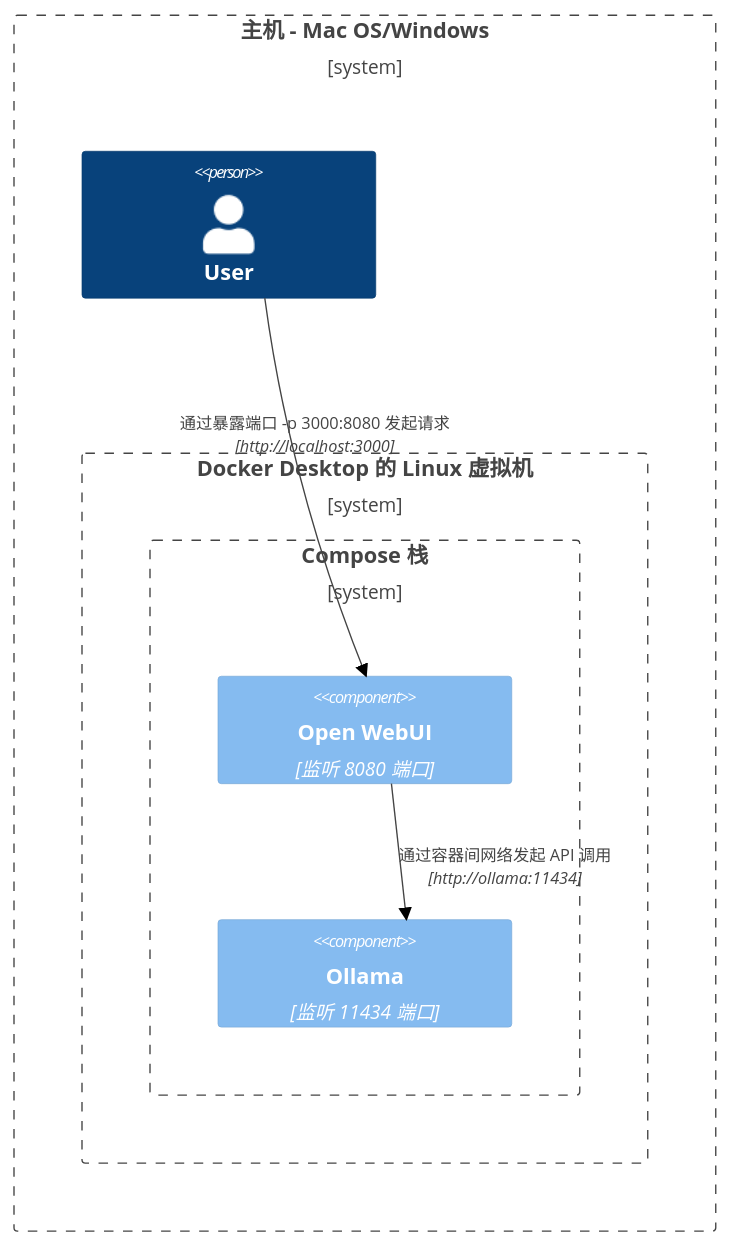
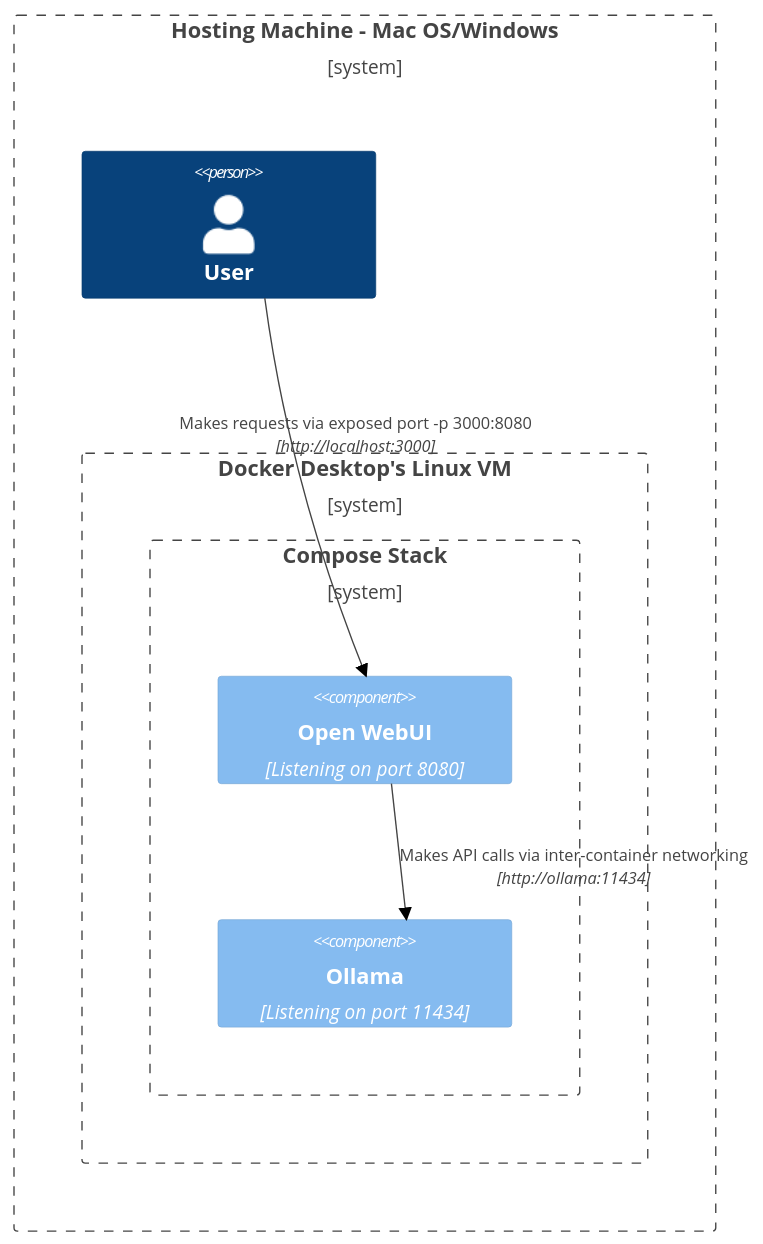
Before and after one commit to SMYQH/openwebuidocs: the second of 8 diagrams in zh-cn/docs/reference/network-diagrams.mdx, drawn with Mermaid (forest theme). The commit also changed other lines of this file and 116 other files, not shown here.

````diff
--- a/zh-cn/docs/reference/network-diagrams.mdx
+++ b/zh-cn/docs/reference/network-diagrams.mdx
@@ -42,15 +42,15 @@
 ```mermaid
 C4Context
-Boundary(b0, "主机 - Mac OS/Windows") {
+Boundary(b0, "Hosting Machine - Mac OS/Windows") {
    Person(user, "User")
-   Boundary(b1, "Docker Desktop 的 Linux 虚拟机") {
-      Boundary(b2, "Compose 栈") {
-         Component(openwebui, "Open WebUI", "监听 8080 端口")
-         Component(ollama, "Ollama", "监听 11434 端口")
+   Boundary(b1, "Docker Desktop's Linux VM") {
+      Boundary(b2, "Compose Stack") {
+         Component(openwebui, "Open WebUI", "Listening on port 8080")
+         Component(ollama, "Ollama", "Listening on port 11434")
       }
    }
 }
-Rel(openwebui, ollama, "通过容器间网络发起 API 调用", "http://ollama:11434")
-Rel(user, openwebui, "通过暴露端口 -p 3000:8080 发起请求", "http://localhost:3000")
+Rel(openwebui, ollama, "Makes API calls via inter-container networking", "http://ollama:11434")
+Rel(user, openwebui, "Makes requests via exposed port -p 3000:8080", "http://localhost:3000")
 UpdateRelStyle(user, openwebui, $offsetX="-100", $offsetY="-50")
 ```
````
